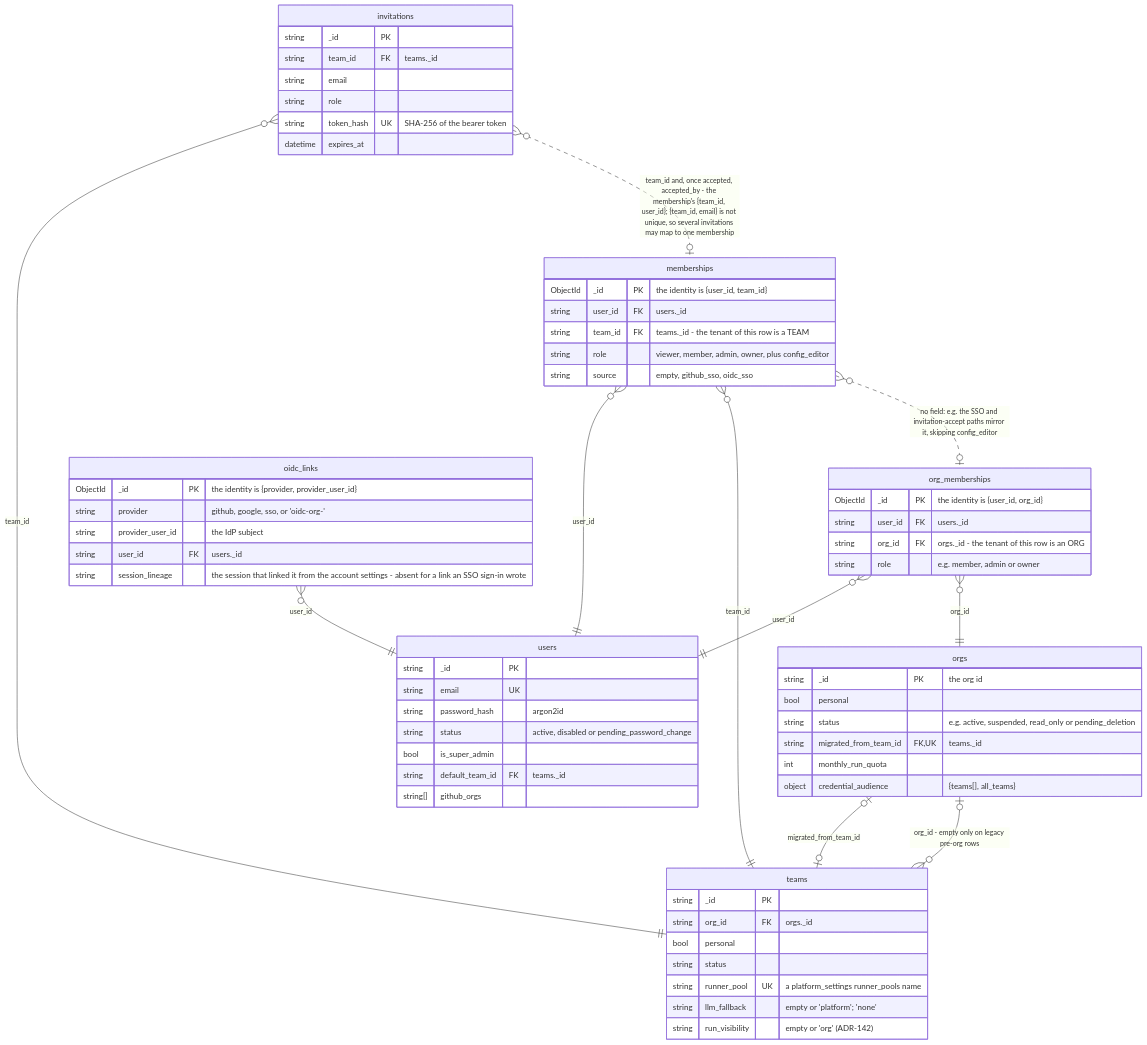
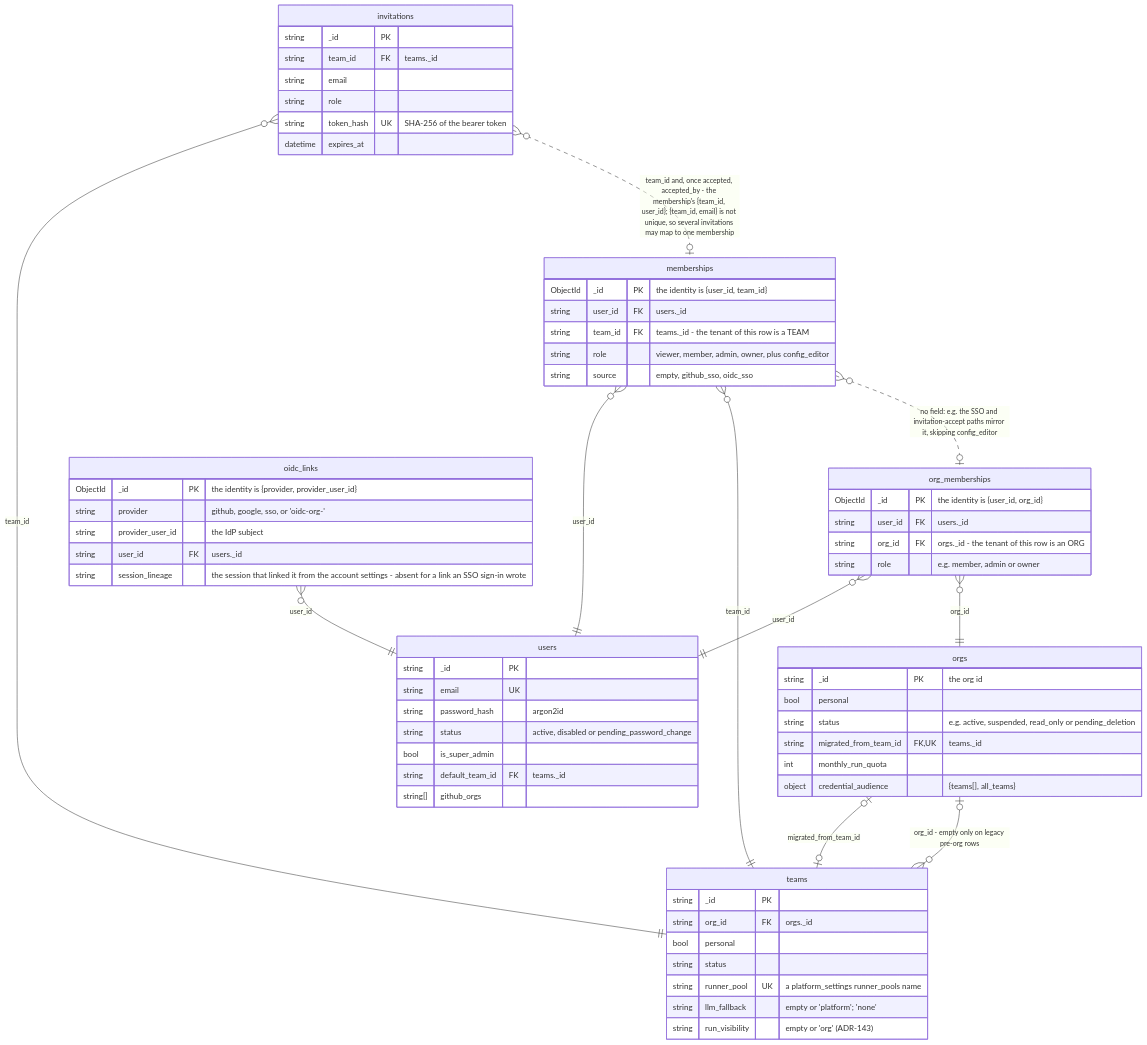
The first of 3 diagrams in docs/diagrams/data-model-identity.md (SocialGouv/iterion), drawn with Mermaid before and after one commit. The commit also changed 22 other files, not shown here.

First line of the commit message:
docs(adr): the run-visibility axis takes 143 — main's cut claimed 142

````diff
--- a/docs/diagrams/data-model-identity.md
+++ b/docs/diagrams/data-model-identity.md
@@ -9,67 +9,67 @@
 ```mermaid
 erDiagram
     orgs {
         string _id PK "the org id"
         bool personal
         string status "e.g. active, suspended, read_only or pending_deletion"
         string migrated_from_team_id FK, UK "teams._id"
         int monthly_run_quota
         object credential_audience "{teams[], all_teams}"
     }
     teams {
         string _id PK
         string org_id FK "orgs._id"
         bool personal
         string status
         string runner_pool UK "a platform_settings runner_pools name"
         string llm_fallback "empty or 'platform'; 'none'"
-        string run_visibility "empty or 'org' (ADR-142)"
+        string run_visibility "empty or 'org' (ADR-143)"
     }
     users {
         string _id PK
         string email UK
         string password_hash "argon2id"
         string status "active, disabled or pending_password_change"
         bool is_super_admin
         string default_team_id FK "teams._id"
         string[] github_orgs
     }
     org_memberships {
         ObjectId _id PK "the identity is {user_id, org_id}"
         string user_id FK "users._id"
         string org_id FK "orgs._id - the tenant of this row is an ORG"
         string role "e.g. member, admin or owner"
     }
     memberships {
         ObjectId _id PK "the identity is {user_id, team_id}"
         string user_id FK "users._id"
         string team_id FK "teams._id - the tenant of this row is a TEAM"
         string role "viewer, member, admin, owner, plus config_editor"
         string source "empty, github_sso, oidc_sso"
     }
     invitations {
         string _id PK
         string team_id FK "teams._id"
         string email
         string role
         string token_hash UK "SHA-256 of the bearer token"
         datetime expires_at
     }
     oidc_links {
         ObjectId _id PK "the identity is {provider, provider_user_id}"
         string provider "github, google, sso, or 'oidc-org-<provider id>'"
         string provider_user_id "the IdP subject"
         string user_id FK "users._id"
         string session_lineage "the session that linked it from the account settings - absent for a link an SSO sign-in wrote"
     }
     teams }o--o| orgs : "org_id - empty only on legacy pre-org rows"
     orgs |o--o| teams : "migrated_from_team_id"
     org_memberships }o--|| users : "user_id"
     org_memberships }o--|| orgs : "org_id"
     memberships }o--|| users : "user_id"
     memberships }o--|| teams : "team_id"
     memberships }o..o| org_memberships : "no field: e.g. the SSO and invitation-accept paths mirror it, skipping config_editor"
     invitations }o--|| teams : "team_id"
     invitations }o..o| memberships : "team_id and, once accepted, accepted_by - the membership's {team_id, user_id}; {team_id, email} is not unique, so several invitations may map to one membership"
     oidc_links }o--|| users : "user_id"
 ```
````
